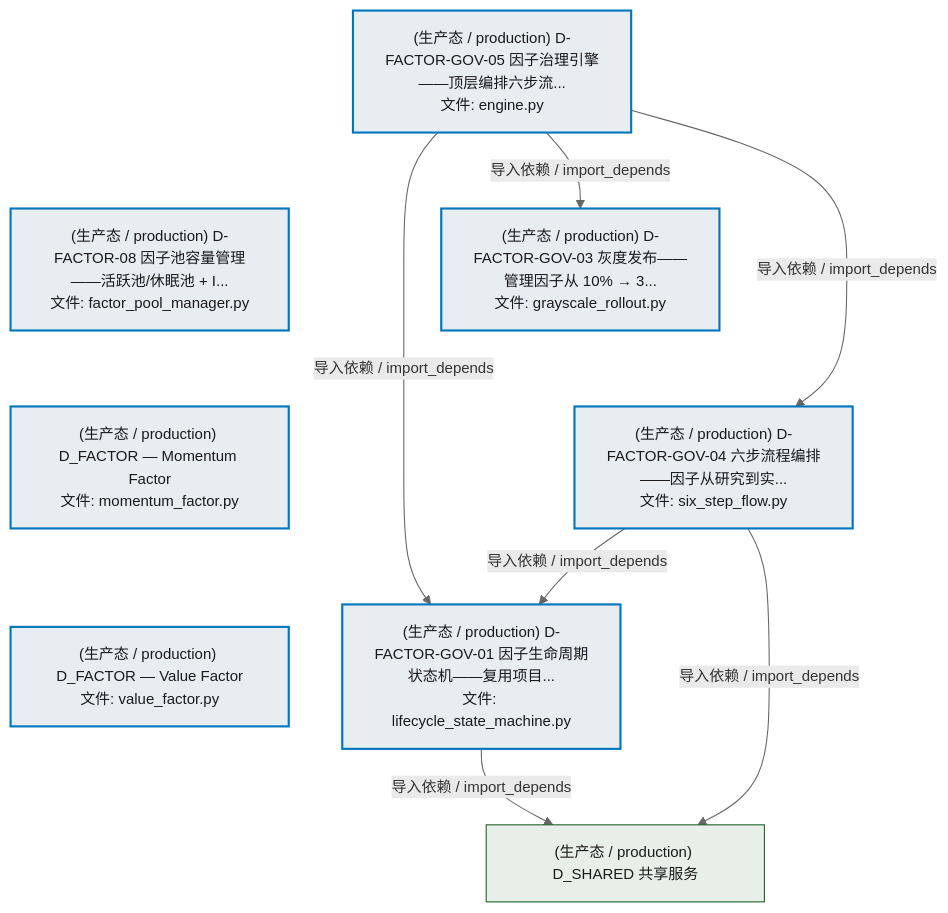
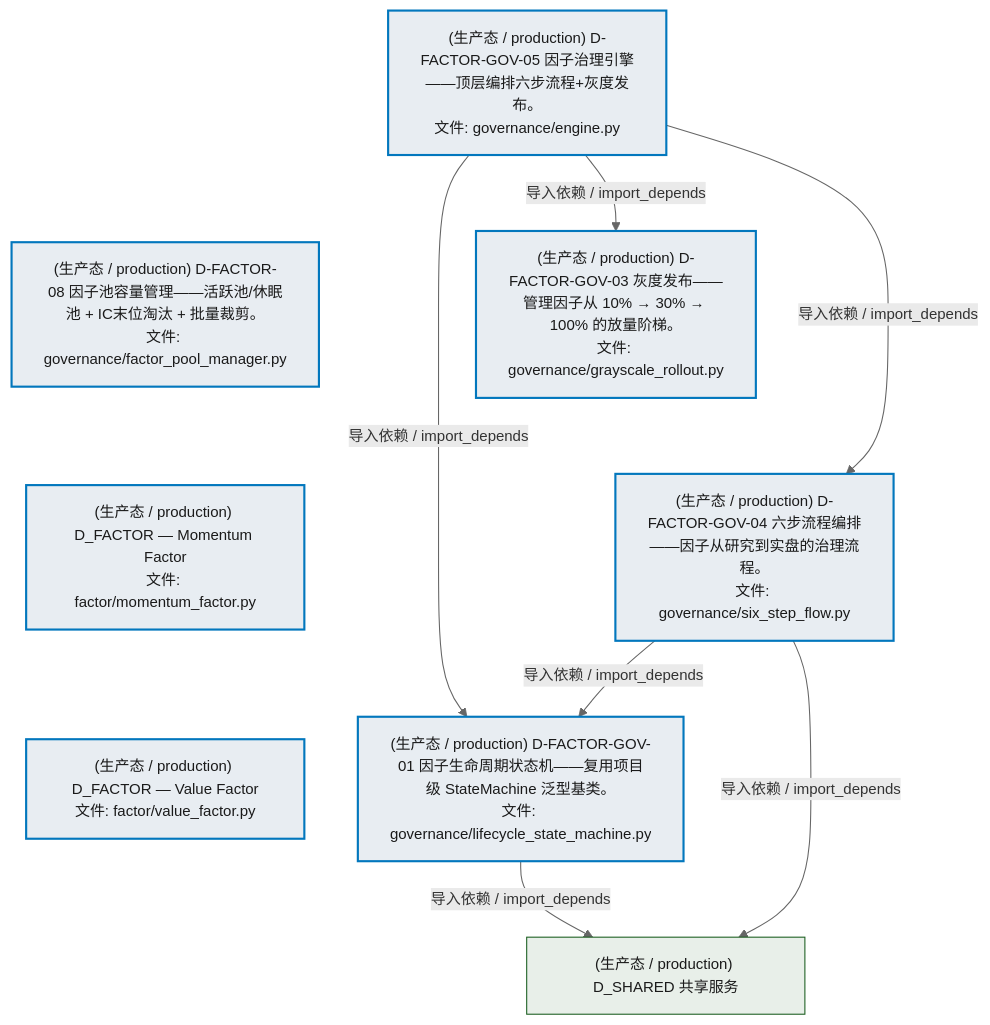
One commit to xuanFelixVan/ZephyrAlpha changed the second of 4 diagrams in docs/02_enterprise_architecture/02_domain_architecture_docs/46_d_factor.md. Above: the diagram before and after it, drawn with Mermaid. The commit also changed other lines of this file and 63 other files, not shown here.

````diff
--- a/docs/02_enterprise_architecture/02_domain_architecture_docs/46_d_factor.md
+++ b/docs/02_enterprise_architecture/02_domain_architecture_docs/46_d_factor.md
@@ -212,28 +212,28 @@
 ```mermaid
 %%{init: {'theme': 'base', 'themeVariables': {'primaryColor': '#eaeaea', 'primaryTextColor': '#333333', 'primaryBorderColor': '#666666', 'lineColor': '#666666', 'secondaryColor': '#eaeaea', 'tertiaryColor': '#eaeaea', 'fontSize': '14px'}}}%%
 flowchart TD
-    src_zephyr_factor_governance_engine_py["(生产态 / production) D-FACTOR-GOV-05 因子治理引擎——顶层编排六步流...<br/>文件: engine.py"]
-    src_zephyr_factor_governance_factor_pool_manager_py["(生产态 / production) D-FACTOR-08 因子池容量管理——活跃池/休眠池 + I...<br/>文件: factor_pool_manager.py"]
-    src_zephyr_factor_momentum_factor_py["(生产态 / production) D_FACTOR — Momentum Factor<br/>文件: momentum_factor.py"]
-    src_zephyr_factor_value_factor_py["(生产态 / production) D_FACTOR — Value Factor<br/>文件: value_factor.py"]
+    src_zephyr_factor_governance_engine_py["(生产态 / production) D-FACTOR-GOV-05 因子治理引擎——顶层编排六步流程+灰度发布。<br/>文件: governance/engine.py"]
+    src_zephyr_factor_governance_factor_pool_manager_py["(生产态 / production) D-FACTOR-08 因子池容量管理——活跃池/休眠池 + IC末位淘汰 + 批量裁剪。<br/>文件: governance/factor_pool_manager.py"]
+    src_zephyr_factor_momentum_factor_py["(生产态 / production) D_FACTOR — Momentum Factor<br/>文件: factor/momentum_factor.py"]
+    src_zephyr_factor_value_factor_py["(生产态 / production) D_FACTOR — Value Factor<br/>文件: factor/value_factor.py"]
     src_zephyr_factor_governance_engine_py ~~~ src_zephyr_factor_governance_factor_pool_manager_py
     src_zephyr_factor_governance_factor_pool_manager_py ~~~ src_zephyr_factor_momentum_factor_py
     src_zephyr_factor_momentum_factor_py ~~~ src_zephyr_factor_value_factor_py
-    src_zephyr_factor_governance_grayscale_rollout_py["(生产态 / production) D-FACTOR-GOV-03 灰度发布——管理因子从 10% → 3...<br/>文件: grayscale_rollout.py"]
-    src_zephyr_factor_governance_six_step_flow_py["(生产态 / production) D-FACTOR-GOV-04 六步流程编排——因子从研究到实...<br/>文件: six_step_flow.py"]
+    src_zephyr_factor_governance_grayscale_rollout_py["(生产态 / production) D-FACTOR-GOV-03 灰度发布——管理因子从 10% → 30% → 100% 的放量阶梯。<br/>文件: governance/grayscale_rollout.py"]
+    src_zephyr_factor_governance_six_step_flow_py["(生产态 / production) D-FACTOR-GOV-04 六步流程编排——因子从研究到实盘的治理流程。<br/>文件: governance/six_step_flow.py"]
     src_zephyr_factor_governance_grayscale_rollout_py ~~~ src_zephyr_factor_governance_six_step_flow_py
-    src_zephyr_factor_governance_lifecycle_state_machine_py["(生产态 / production) D-FACTOR-GOV-01 因子生命周期状态机——复用项目...<br/>文件: lifecycle_state_machine.py"]
+    src_zephyr_factor_governance_lifecycle_state_machine_py["(生产态 / production) D-FACTOR-GOV-01 因子生命周期状态机——复用项目级 StateMachine 泛型基类。<br/>文件: governance/lifecycle_state_machine.py"]
     src_zephyr_factor_governance_engine_py -->|导入依赖 / import_depends| src_zephyr_factor_governance_grayscale_rollout_py
     src_zephyr_factor_governance_engine_py -->|导入依赖 / import_depends| src_zephyr_factor_governance_six_step_flow_py
     src_zephyr_factor_governance_engine_py -->|导入依赖 / import_depends| src_zephyr_factor_governance_lifecycle_state_machine_py
     src_zephyr_factor_governance_six_step_flow_py -->|导入依赖 / import_depends| src_zephyr_factor_governance_lifecycle_state_machine_py
     D_SHARED["(生产态 / production) D_SHARED 共享服务"]
     src_zephyr_factor_governance_lifecycle_state_machine_py -->|导入依赖 / import_depends| D_SHARED
     src_zephyr_factor_governance_six_step_flow_py -->|导入依赖 / import_depends| D_SHARED
     classDef production fill:#e8edf2,stroke:#0277bd,stroke-width:2px,color:#1a1a1a
     classDef design fill:#f0ebe3,stroke:#bf360c,stroke-width:2px,color:#1a1a1a,stroke-dasharray: 5 5
     classDef external_prod fill:#e8efe9,stroke:#1b5e20,stroke-width:1px,color:#1a1a1a
     classDef external_design fill:#efe5ea,stroke:#880e4f,stroke-width:1px,color:#1a1a1a,stroke-dasharray: 5 5
     class src_zephyr_factor_governance_engine_py,src_zephyr_factor_governance_factor_pool_manager_py,src_zephyr_factor_governance_grayscale_rollout_py,src_zephyr_factor_governance_lifecycle_state_machine_py,src_zephyr_factor_governance_six_step_flow_py,src_zephyr_factor_momentum_factor_py,src_zephyr_factor_value_factor_py production
     class D_SHARED external_prod
 ```
````
